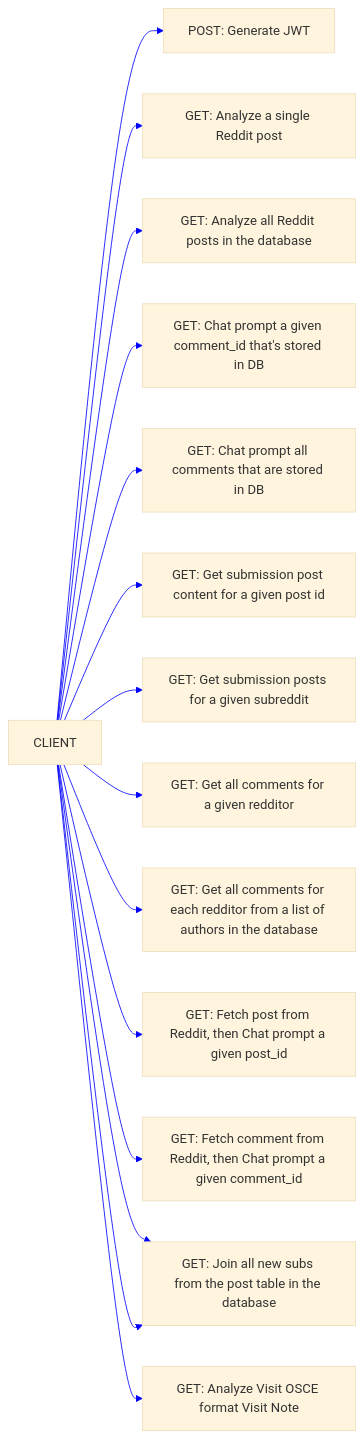
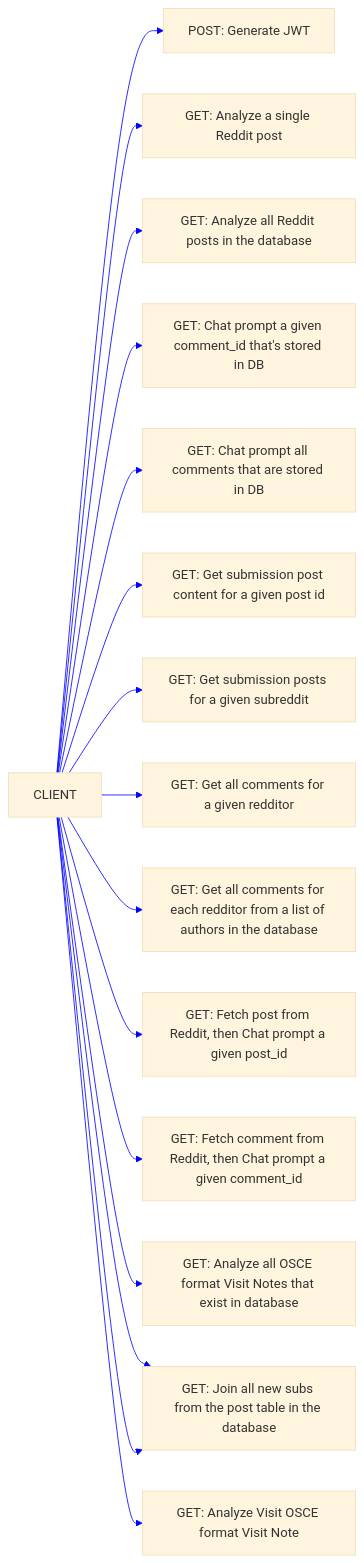
Before and after one commit to ovaisq/LLM-MedBillingForecast: the second of 3 diagrams in README.md, drawn with Mermaid. The commit also changed other lines of this file, not shown here.

````diff
--- a/README.md
+++ b/README.md
@@ -144,31 +144,33 @@
 ```mermaid
 %%{init: {'theme': 'base', 'themeVariables': {'lineColor': 'Blue'}}}%%
 graph LR
     sub["/login"] --> sub3
     sub["/analyze_post"] --> sub1
     sub["/analyze_posts"] --> sub2
     sub["/analyze_comment"] --> sub9
     sub["/analyze_comments"] --> sub10
     sub["/get_sub_post"] --> sub4
     sub["/get_sub_posts"] --> sub5
     sub["/get_author_comments"] --> sub6
     sub["/get_authors_comments"] --> sub7
     sub["/get_and_analyze_post"] --> sub12
     sub["/get_and_analyze_comment"] --> sub14
+    sub["/analyze_visit_notes"] --> sub15
     sub["/join_new_subs"] --> sub11
     sub["/analyze_visit_note"] --> sub13
     sub["CLIENT"] --> sub11
     sub1["GET: Analyze a single Reddit post"]
     sub2["GET: Analyze all Reddit posts in the database"]
     sub3["POST: Generate JWT"]
     sub4["GET: Get submission post content for a given post id"]
     sub5["GET: Get submission posts for a given subreddit"]
     sub6["GET: Get all comments for a given redditor"]
     sub7["GET: Get all comments for each redditor from a list of authors in the database"]
     sub9["GET: Chat prompt a given comment_id that's stored in DB"]
     sub10["GET: Chat prompt all comments that are stored in DB"]
     sub11["GET: Join all new subs from the post table in the database"]
     sub12["GET: Fetch post from Reddit, then Chat prompt a given post_id"]
     sub13["GET: Analyze Visit OSCE format Visit Note"]
     sub14["GET: Fetch comment from Reddit, then Chat prompt a given comment_id"]
+    sub15["GET: Analyze all OSCE format Visit Notes that exist in database"]
 ```
````
